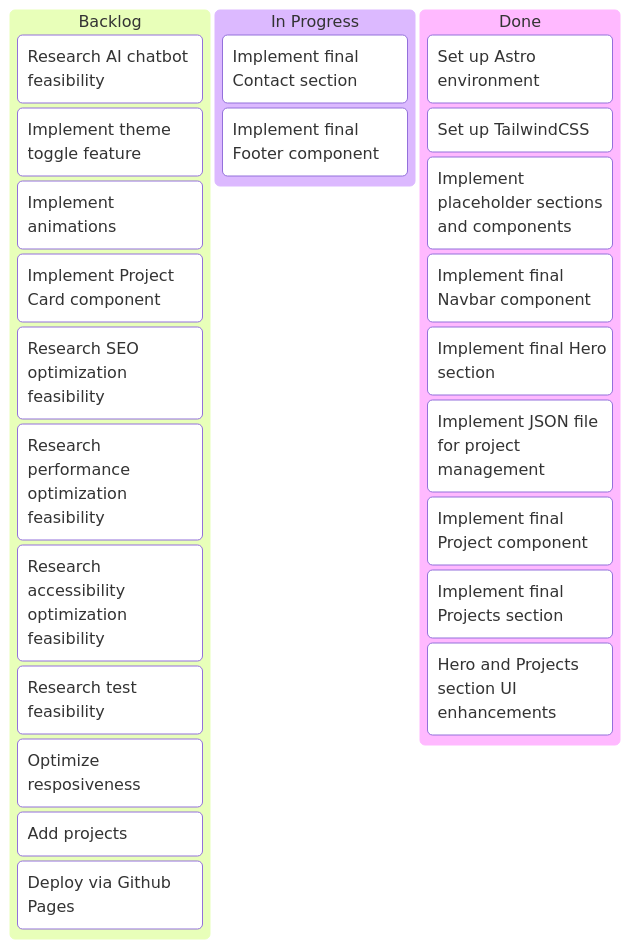
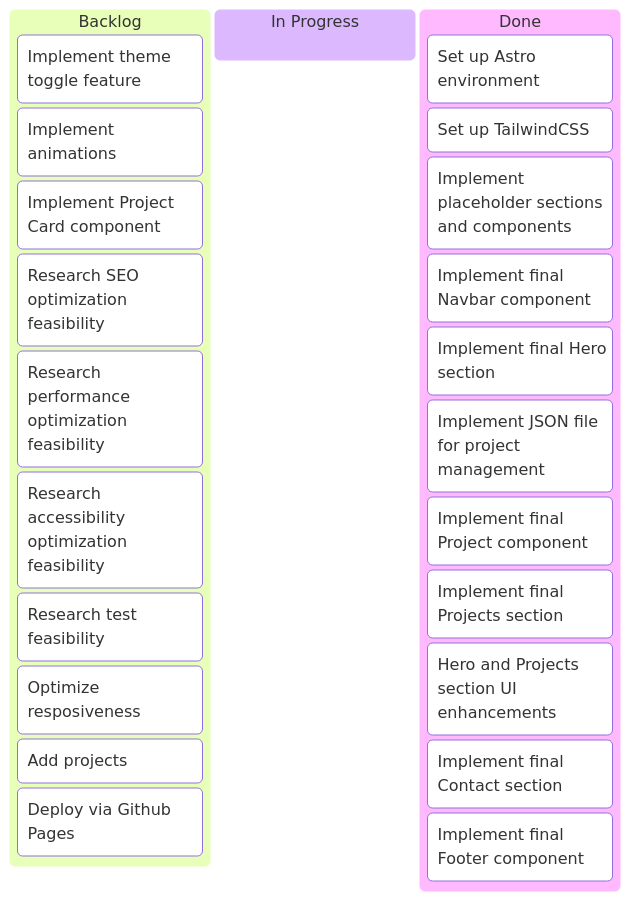
The diagram in docs/kanban.md (CantarinoG/portfolio), drawn with Mermaid before and after one commit. The commit also changed 1 other file, not shown here.

Commit message:
feat: Add Footer Section

````diff
--- a/docs/kanban.md
+++ b/docs/kanban.md
@@ -1,28 +1,27 @@
 ```mermaid
 kanban
   stage1[Backlog]
-    card13[Research AI chatbot feasibility]
     card15[Implement theme toggle feature]
     card16[Implement animations]
     card27[Implement Project Card component]
     card17[Research SEO optimization feasibility]
     card18[Research performance optimization feasibility]
     card19[Research accessibility optimization feasibility]
     card21[Research test feasibility]
     card23[Optimize resposiveness]
     card25[Add projects]
     card20[Deploy via Github Pages]
   stage2[In Progress]
-    card12[Implement final Contact section]
-    card14[Implement final Footer component]
   stage3[Done]
     card1[Set up Astro environment]
     card24[Set up TailwindCSS]
     card5[Implement placeholder sections and components]
     card6[Implement final Navbar component]
     card7[Implement final Hero section]
     card22[Implement JSON file for project management]
     card8[Implement final Project component]
     card11[Implement final Projects section]
     card26[Hero and Projects section UI enhancements]
+    card12[Implement final Contact section]
+    card14[Implement final Footer component]
 ```
````
